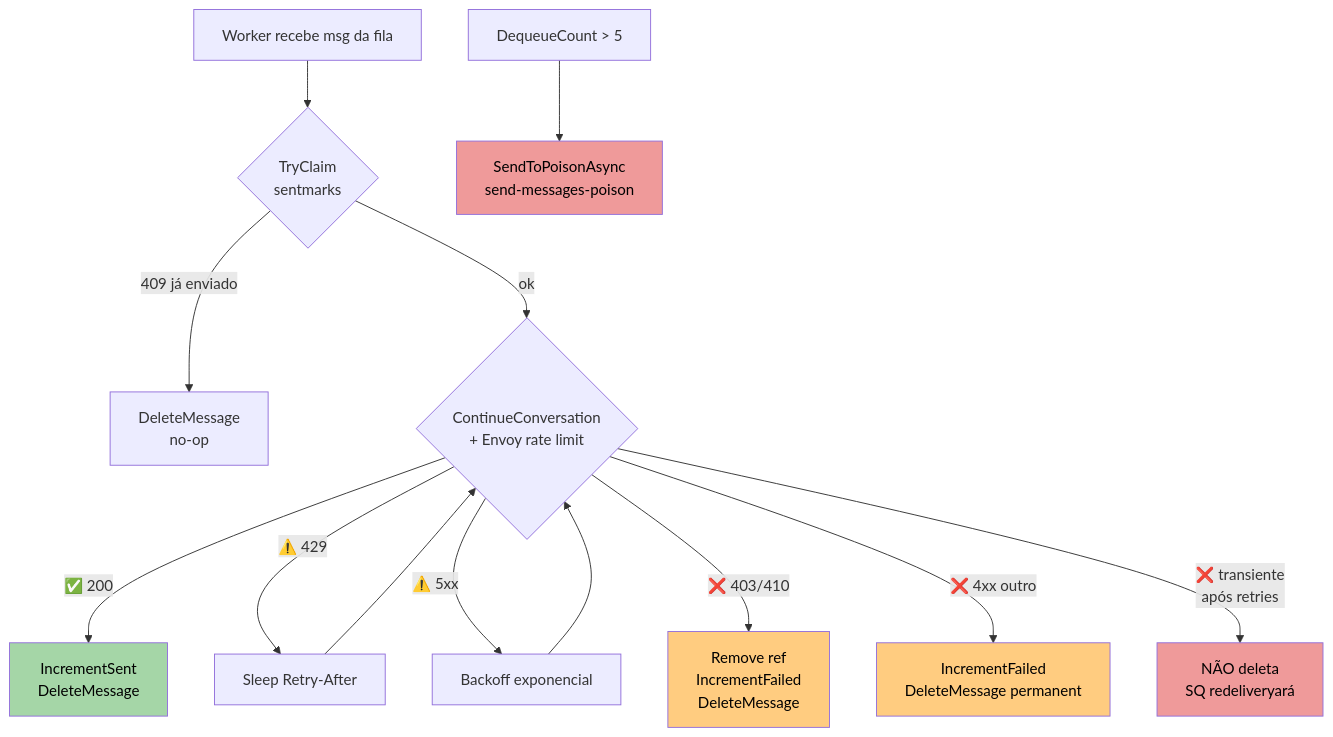
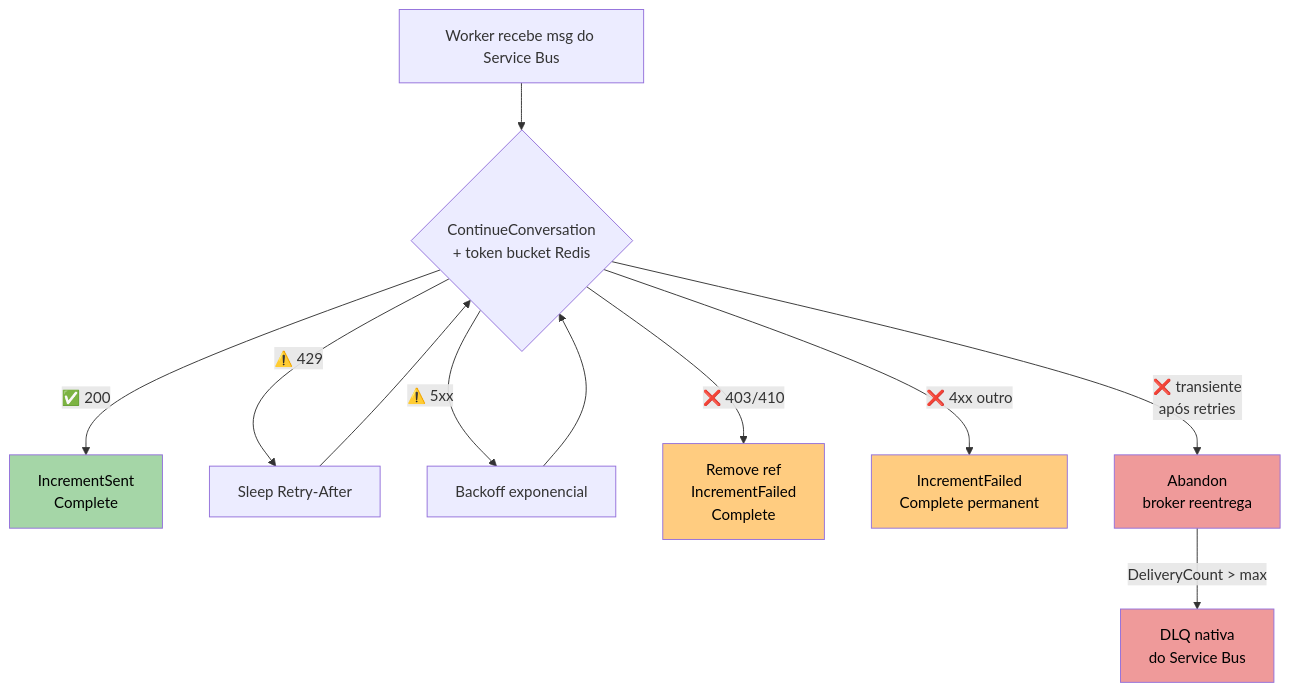
One commit to EdneiMonteiro/teams_msgs_dotnet changed the fifth of 5 diagrams in README.md. Above: the diagram before and after it, drawn with Mermaid. The commit also changed other lines of this file and 3 other files, not shown here.

First line of the commit message:
docs(arch): revert narrative to Service Bus + Redis + connection strings

````diff
--- a/README.md
+++ b/README.md
@@ -299,18 +281,16 @@
 ```mermaid
 flowchart TD
-    A[Worker recebe msg da fila] --> AT{TryClaim<br/>sentmarks}
-    AT -->|409 já enviado| B[DeleteMessage<br/>no-op]
-    AT -->|ok| C{ContinueConversation<br/>+ Envoy rate limit}
-    C -->|✅ 200| D[IncrementSent<br/>DeleteMessage]
+    A[Worker recebe msg do Service Bus] --> C{ContinueConversation<br/>+ token bucket Redis}
+    C -->|✅ 200| D[IncrementSent<br/>Complete]
     C -->|⚠️ 429| E[Sleep Retry-After] --> C
     C -->|⚠️ 5xx| F[Backoff exponencial] --> C
-    C -->|❌ 403/410| G[Remove ref<br/>IncrementFailed<br/>DeleteMessage]
-    C -->|❌ 4xx outro| H[IncrementFailed<br/>DeleteMessage permanent]
-    C -->|❌ transiente<br/>após retries| I[NÃO deleta<br/>SQ redeliveryará]
-    AA[DequeueCount > 5] --> J[SendToPoisonAsync<br/>send-messages-poison]
+    C -->|❌ 403/410| G[Remove ref<br/>IncrementFailed<br/>Complete]
+    C -->|❌ 4xx outro| H[IncrementFailed<br/>Complete permanent]
+    C -->|❌ transiente<br/>após retries| I[Abandon<br/>broker reentrega]
+    I -->|DeliveryCount > max| J[DLQ nativa<br/>do Service Bus]
     style D fill:#A5D6A7,color:#000
     style G fill:#FFCC80,color:#000
     style H fill:#FFCC80,color:#000
     style I fill:#EF9A9A,color:#000
     style J fill:#EF9A9A,color:#000
 ```
````
